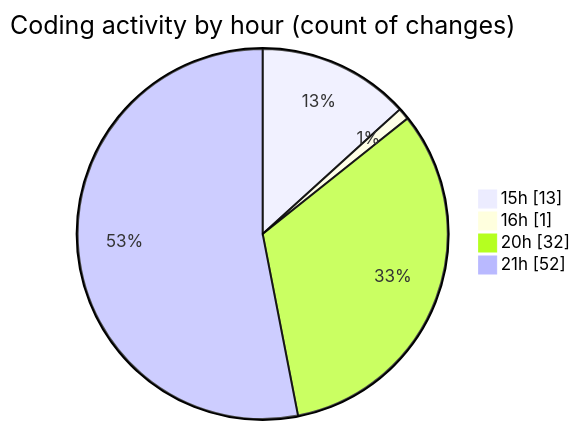
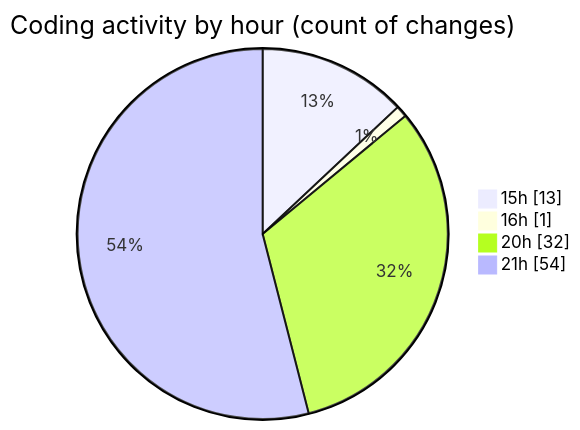
Before and after one commit to EIIisD/code-tracking: the second of 2 diagrams in 2025-07-17/ribbon/README.md, drawn with Mermaid. The commit also changed other lines of this file and 1 other file, not shown here.

````diff
--- a/2025-07-17/ribbon/README.md
+++ b/2025-07-17/ribbon/README.md
@@ -66,8 +66,8 @@
 ```mermaid
 pie showData
 title Coding activity by hour (count of changes)
 "15h" : 13
 "16h" : 1
 "20h" : 32
-"21h" : 52
+"21h" : 54
 ```
````
